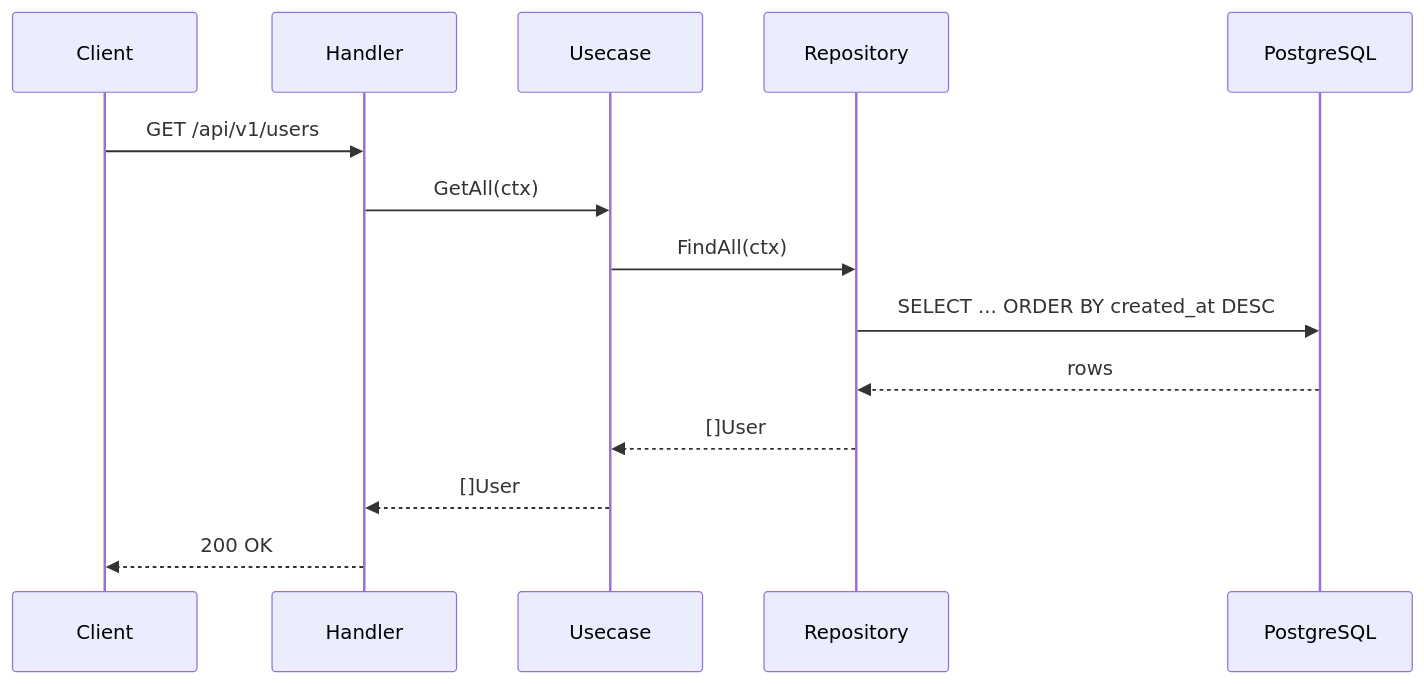
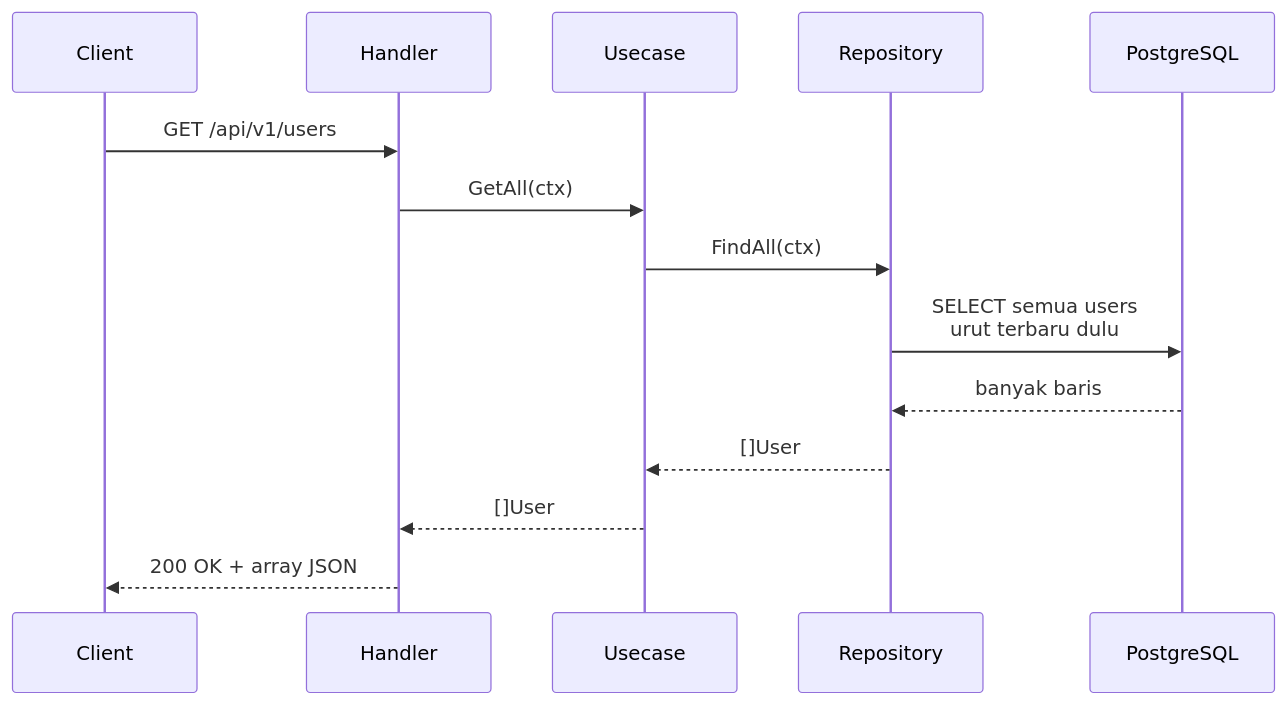
The fourth of 7 diagrams in docs/PROCESS.md (chairoel/BE-ToDoList), drawn with Mermaid before and after one commit. The commit also changed other lines of this file, not shown here.

Commit message:
[DOCS] rewrite process flow docs for beginners

````diff
--- a/docs/PROCESS.md
+++ b/docs/PROCESS.md
@@ -172,17 +365,17 @@
 ```mermaid
 sequenceDiagram
     participant C as Client
     participant H as Handler
     participant U as Usecase
     participant Repo as Repository
     participant DB as PostgreSQL
 
     C->>H: GET /api/v1/users
     H->>U: GetAll(ctx)
     U->>Repo: FindAll(ctx)
-    Repo->>DB: SELECT ... ORDER BY created_at DESC
-    DB-->>Repo: rows
+    Repo->>DB: SELECT semua users<br/>urut terbaru dulu
+    DB-->>Repo: banyak baris
     Repo-->>U: []User
     U-->>H: []User
-    H-->>C: 200 OK
+    H-->>C: 200 OK + array JSON
 ```
````
